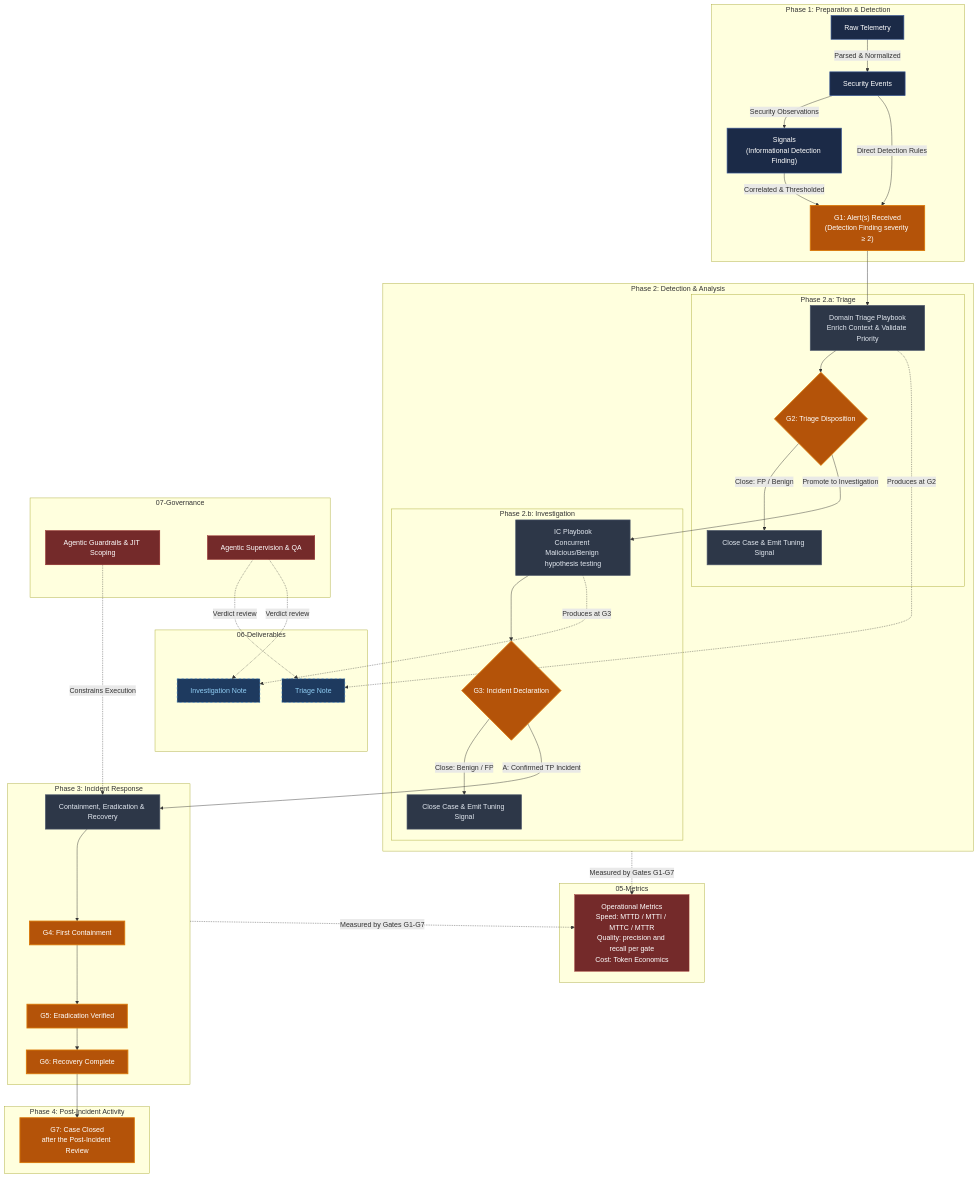
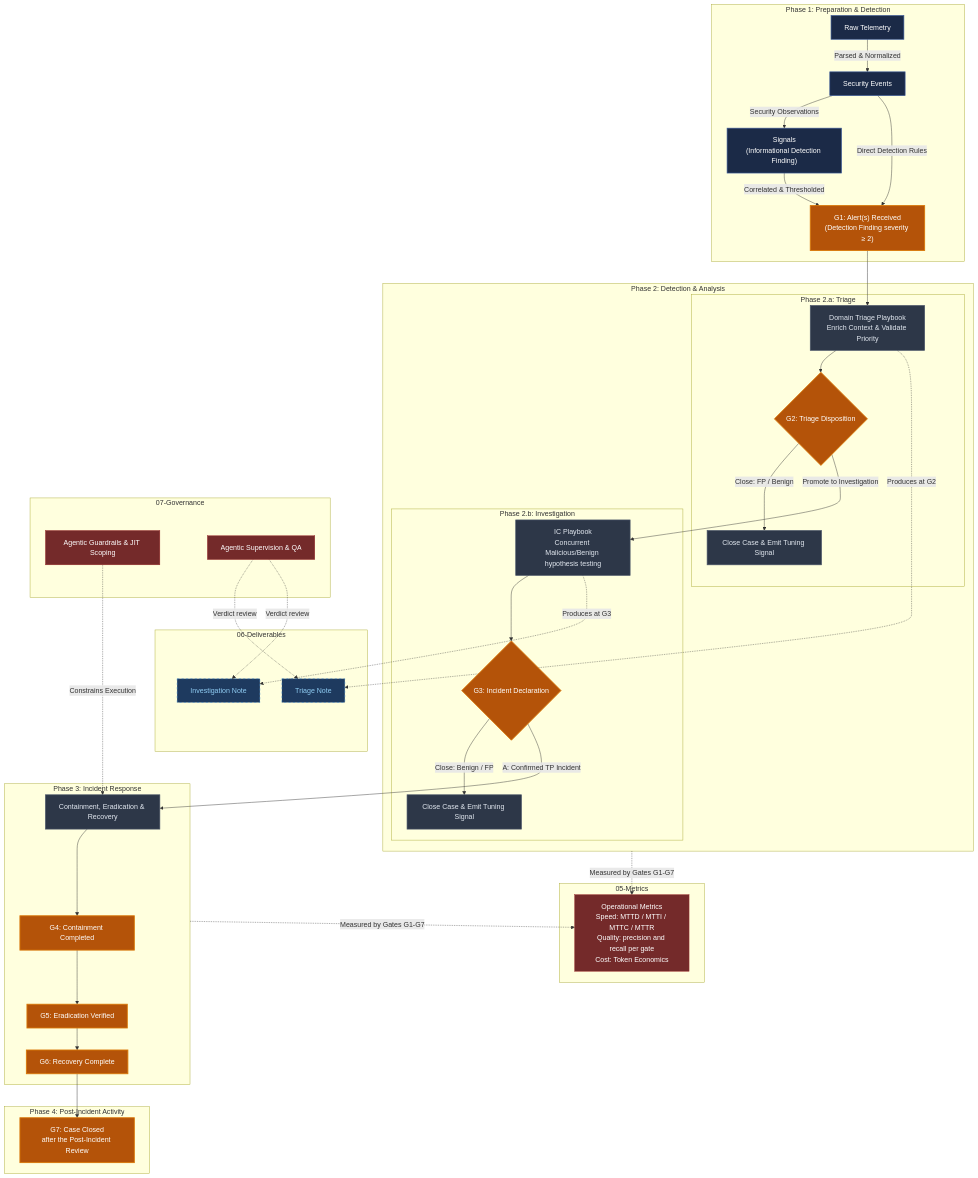
The second of 3 diagrams in README.md (ZeroSOC/zerosoc-framework), drawn with Mermaid before and after one commit. The commit also changed 3 other files, not shown here.

Commit message:
docs: G4 is containment completed, the containment planned at declaration applied and confirmed (DD-33)

````diff
--- a/README.md
+++ b/README.md
@@ -60,65 +60,65 @@
 ```mermaid
 graph TD
     classDef input fill:#1b2a47,color:#fff,stroke:#3b5998,stroke-width:1.5px;
     classDef process fill:#2d3748,color:#e2e8f0,stroke:#4a5568,stroke-width:1.5px;
     classDef decision fill:#2d3748,color:#e2e8f0,stroke:#4a5568,stroke-width:1.5px;
     classDef gate fill:#b45309,color:#fff,stroke:#d97706,stroke-width:2px;
     classDef deliverable fill:#1e3a5f,color:#90cdf4,stroke:#3182ce,stroke-dasharray: 5 5;
     classDef gov fill:#742a2a,color:#fff,stroke:#9b2c2c;
 
     subgraph P1 ["Phase 1: Preparation & Detection"]
         Telemetry[Raw Telemetry] -->|Parsed & Normalized| Events[Security Events]
         Events -->|Security Observations| Signals["Signals<br>(Informational Detection Finding)"]
         Signals -->|Correlated & Thresholded| G1["G1: Alert(s) Received<br>(Detection Finding severity ≥ 2)"]
         Events -->|Direct Detection Rules| G1
     end
 
     subgraph P2 ["Phase 2: Detection & Analysis"]
         subgraph P21 ["Phase 2.a: Triage"]
             G1 --> Triage[Domain Triage Playbook<br>Enrich Context & Validate Priority]
             Triage --> G2{"G2: Triage Disposition"}
             G2 -->|Close: FP / Benign| Close1[Close Case & Emit Tuning Signal]
         end
 
         subgraph P22 ["Phase 2.b: Investigation"]
             G2 -->|Promote to Investigation| Investigate[IC Playbook<br>Concurrent Malicious/Benign hypothesis testing]
             Investigate --> G3{"G3: Incident Declaration"}
             G3 -->|Close: Benign / FP| Close2[Close Case & Emit Tuning Signal]
         end
     end
 
     subgraph P3 ["Phase 3: Incident Response"]
         G3 -->|A: Confirmed TP Incident| Respond[Containment, Eradication & Recovery]
-        Respond --> G4["G4: First Containment"]
+        Respond --> G4["G4: Containment Completed"]
         G4 --> G5["G5: Eradication Verified"]
         G5 --> G6["G6: Recovery Complete"]
     end
 
     subgraph P4 ["Phase 4: Post-Incident Activity"]
         G6 --> G7["G7: Case Closed<br>after the Post-Incident Review"]
     end
 
     subgraph Deliverables ["06-Deliverables"]
         Triage -.->|Produces at G2| TNote[Triage Note]
         Investigate -.->|Produces at G3| INote[Investigation Note]
     end
 
     subgraph Governance ["07-Governance"]
         Guardrails[Agentic Guardrails & JIT Scoping] -.->|Constrains Execution| Respond
         Supervision[Agentic Supervision & QA] -.->|Verdict review| TNote
         Supervision -.->|Verdict review| INote
     end
 
     subgraph Metrics ["05-Metrics"]
         Gates[Operational Metrics<br>Speed: MTTD / MTTI / MTTC / MTTR<br>Quality: precision and recall per gate<br>Cost: Token Economics]
     end
 
     P2 -.->|Measured by Gates G1-G7| Gates
     P3 -.->|Measured by Gates G1-G7| Gates
 
     class Telemetry,Events,Signals input;
     class Triage,Investigate,Respond,Close1,Close2 process;
     class G1,G2,G3,G4,G5,G6,G7 gate;
     class TNote,INote deliverable;
     class Guardrails,Supervision,Gates gov;
 ```
````
